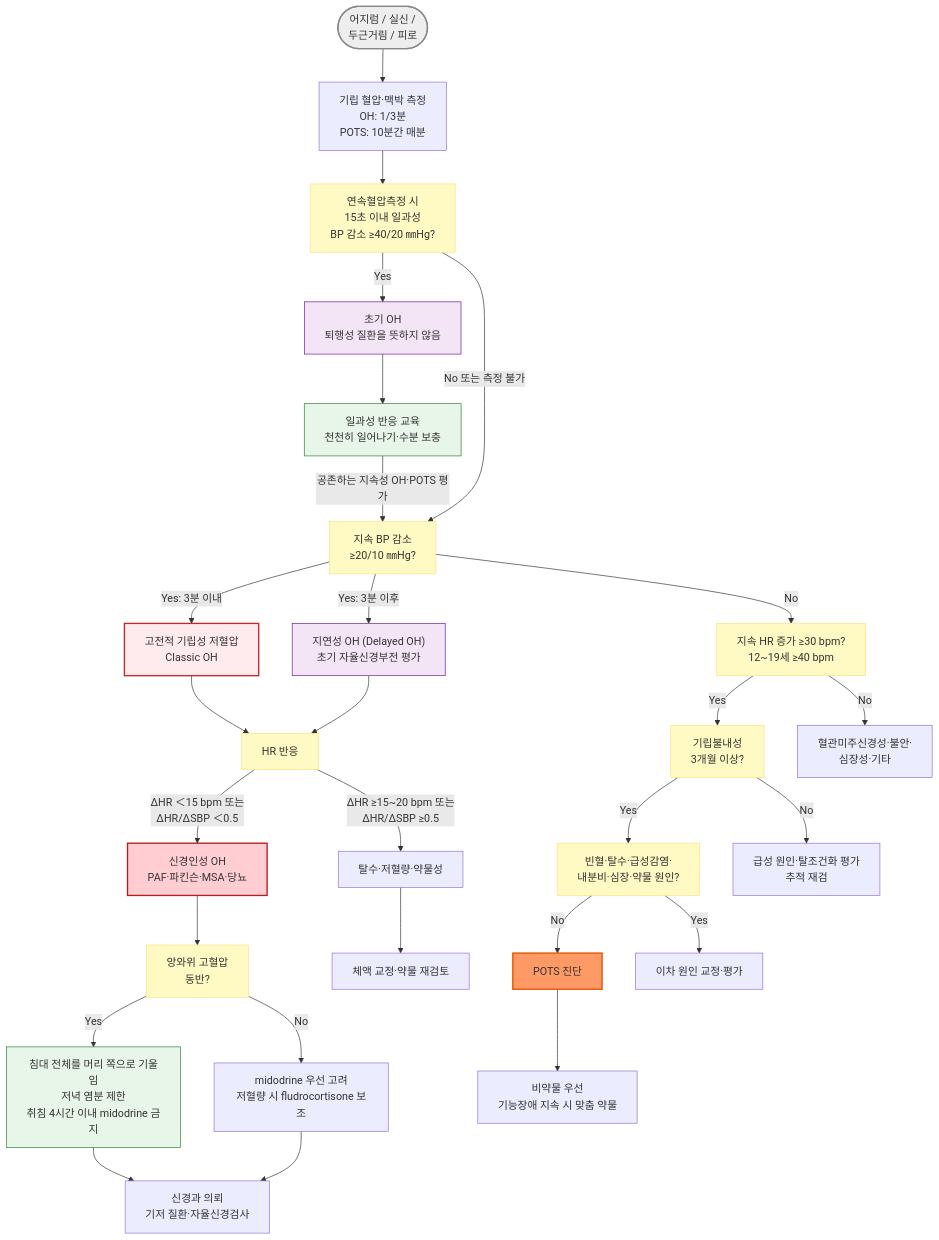
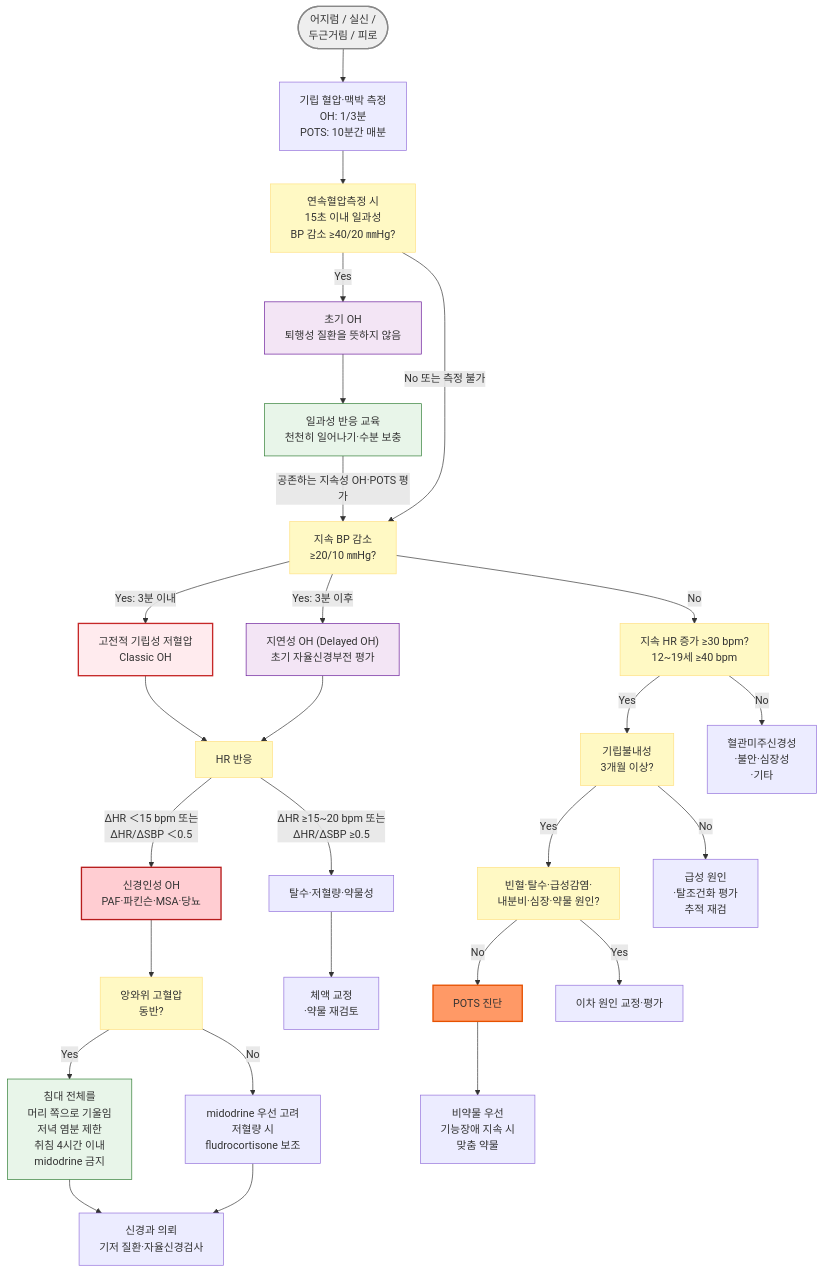
Before and after one commit to familyoh77/familyoh77: the diagram in 221_/030_-autonomic-dysfunction.md, drawn with Mermaid. The commit also changed other lines of this file, not shown here.

Commit message:
GITBOOK-1730: No subject

````diff
--- a/221_/030_-autonomic-dysfunction.md
+++ b/221_/030_-autonomic-dysfunction.md
@@ -230,45 +231,44 @@
 ```mermaid
 graph TD
     Start(["어지럼 / 실신 /<br/>두근거림 / 피로"]) --> Step1["기립 혈압·맥박 측정<br/>OH: 1/3분<br/>POTS: 10분간 매분"]
     Step1 --> Q0["연속혈압측정 시<br/>15초 이내 일과성<br/>BP 감소 ≥40/20 ㎜Hg?"]
     Q0 -->|Yes| IOH["초기 OH<br/>퇴행성 질환을 뜻하지 않음"]
     Q0 -->|"No 또는 측정 불가"| Q1["지속 BP 감소<br/>≥20/10 ㎜Hg?"]
     IOH --> IOH_Tx["일과성 반응 교육<br/>천천히 일어나기·수분 보충"]
     IOH_Tx -->|"공존하는 지속성 OH·POTS 평가"| Q1
     Q1 -->|"Yes: 3분 이내"| OH["고전적 기립성 저혈압<br/>Classic OH"]
     Q1 -->|"Yes: 3분 이후"| DOH["지연성 OH (Delayed OH)<br/>초기 자율신경부전 평가"]
     Q1 -->|No| Q2["지속 HR 증가 ≥30 bpm?<br/>12~19세 ≥40 bpm"]
     Q2 -->|Yes| Chronic["기립불내성<br/>3개월 이상?"]
-    Q2 -->|No| Other["혈관미주신경성·불안·<br/>심장성·기타"]
+    Q2 -->|No| Other["혈관미주신경성<br/>·불안·심장성<br/>·기타"]
     OH --> QHR["HR 반응"]
     DOH --> QHR
     QHR -->|"ΔHR ＜15 bpm 또는<br/>ΔHR/ΔSBP ＜0.5"| Neuro["신경인성 OH<br/>PAF·파킨슨·MSA·당뇨"]
     QHR -->|"ΔHR ≥15~20 bpm 또는<br/>ΔHR/ΔSBP ≥0.5"| Volume["탈수·저혈량·약물성"]
     Neuro --> SupHTN["앙와위 고혈압<br/>동반?"]
-    SupHTN -->|Yes| SupYes["침대 전체를 머리 쪽으로 기울임<br/>저녁 염분 제한<br/>취침 4시간 이내 midodrine 금지"]
-    SupHTN -->|No| SupNo["midodrine 우선 고려<br/>저혈량 시 fludrocortisone 보조"]
+    SupHTN -->|Yes| SupYes["침대 전체를 <br/>머리 쪽으로 기울임<br/>저녁 염분 제한<br/>취침 4시간 이내 <br/>midodrine 금지"]
+    SupHTN -->|No| SupNo["midodrine 우선 고려<br/>저혈량 시 <br/>fludrocortisone 보조"]
     Chronic -->|Yes| Excl["빈혈·탈수·급성감염·<br/>내분비·심장·약물 원인?"]
-    Chronic -->|No| Recheck["급성 원인·탈조건화 평가<br/>추적 재검"]
+    Chronic -->|No| Recheck["급성 원인<br/>·탈조건화 평가<br/>추적 재검"]
     Excl -->|No| POTSconf["POTS 진단"]
     Excl -->|Yes| Secondary["이차 원인 교정·평가"]
     SupYes --> Ref["신경과 의뢰<br/>기저 질환·자율신경검사"]
     SupNo --> Ref
-    Volume --> Tx1["체액 교정·약물 재검토"]
-    POTSconf --> Tx2["비약물 우선<br/>기능장애 지속 시 맞춤 약물"]
-
+    Volume --> Tx1["체액 교정<br/>·약물 재검토"]
+    POTSconf --> Tx2["비약물 우선<br/>기능장애 지속 시 <br/>맞춤 약물"]
     style Start fill:#eeeeee,stroke:#888888,stroke-width:2px
     style Q0 fill:#fff9c4,stroke:#ffe082
     style Q1 fill:#fff9c4,stroke:#ffe082
     style Q2 fill:#fff9c4,stroke:#ffe082
     style Chronic fill:#fff9c4,stroke:#ffe082
     style QHR fill:#fff9c4,stroke:#ffe082
     style SupHTN fill:#fff9c4,stroke:#ffe082
     style Excl fill:#fff9c4,stroke:#ffe082
     style OH fill:#ffebee,stroke:#c62828,stroke-width:2px
     style POTSconf fill:#f96,stroke:#e65100,stroke-width:2px
     style IOH fill:#f3e5f5,stroke:#6a1b9a,stroke-width:1px
     style DOH fill:#f3e5f5,stroke:#6a1b9a,stroke-width:1px
     style IOH_Tx fill:#e8f5e9,stroke:#2e7d32,stroke-width:1px
     style SupYes fill:#e8f5e9,stroke:#2e7d32,stroke-width:1px
     style Neuro fill:#ffcdd2,stroke:#b71c1c,stroke-width:2px
 ```
````
